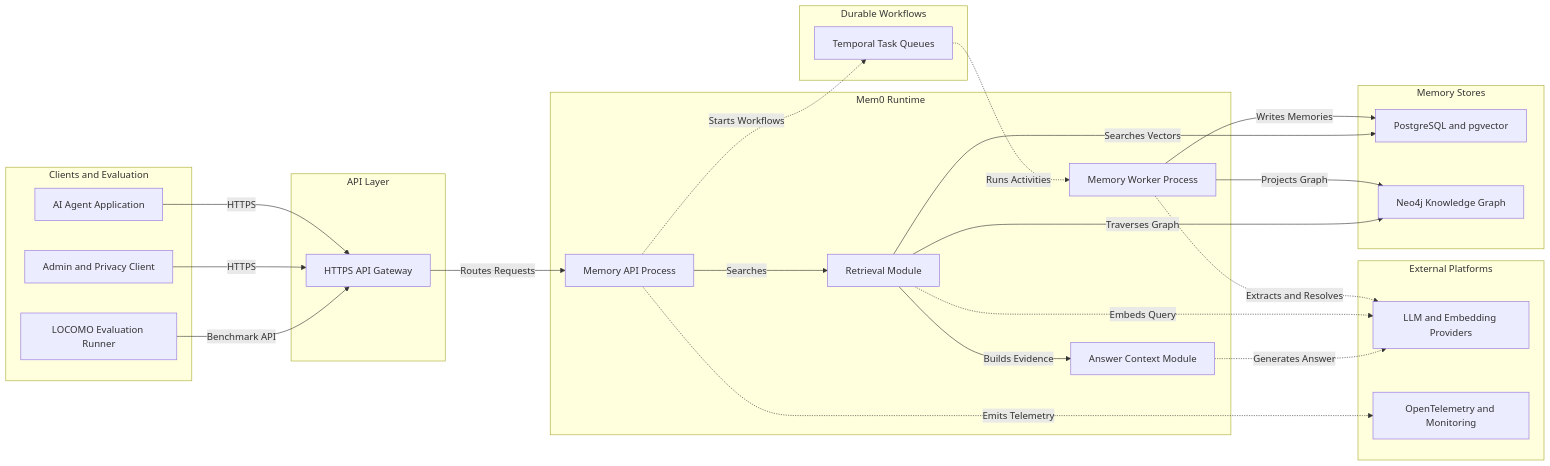
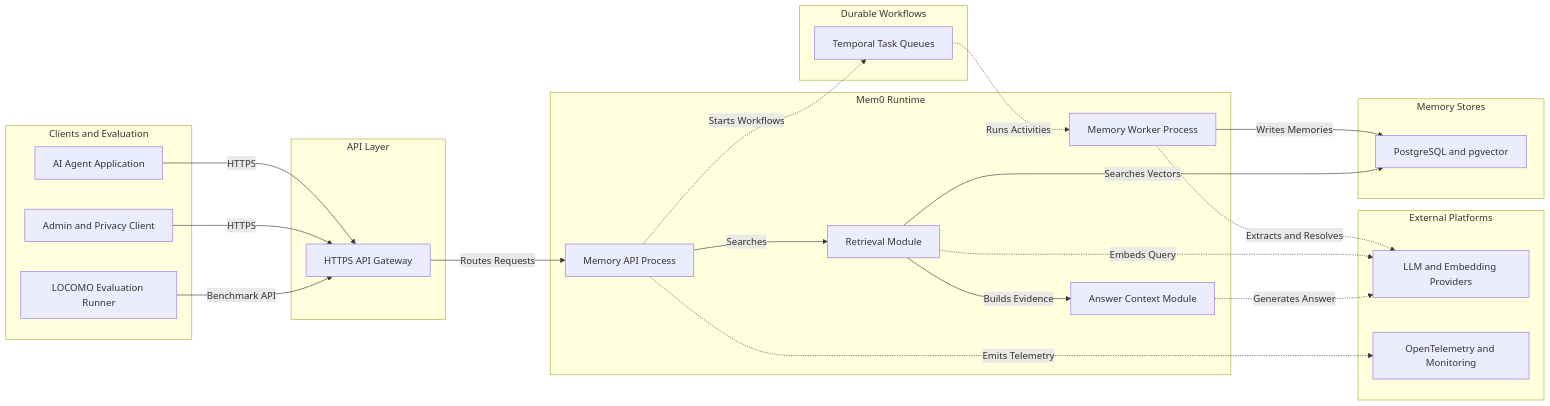
The first of 6 diagrams in docs/ARCHITECTURE.md (bhageerathi02/mem0), drawn with Mermaid before and after one commit. The commit also changed other lines of this file and 3 other files, not shown here.

Commit message:
removed the graph implementation

````diff
--- a/docs/ARCHITECTURE.md
+++ b/docs/ARCHITECTURE.md
@@ -75,45 +71,42 @@
 ```mermaid
 flowchart LR
     subgraph client ["Clients and Evaluation"]
         agentApp["AI Agent Application"]
         adminClient["Admin and Privacy Client"]
         evalRunner["LOCOMO Evaluation Runner"]
     end
     subgraph gateway ["API Layer"]
         apiGateway["HTTPS API Gateway"]
     end
     subgraph service ["Mem0 Runtime"]
         apiService["Memory API Process"]
         workerService["Memory Worker Process"]
         retrievalService["Retrieval Module"]
         answerService["Answer Context Module"]
     end
     subgraph datastore ["Memory Stores"]
         postgres["PostgreSQL and pgvector"]
-        neo4j["Neo4j Knowledge Graph"]
     end
     subgraph external ["External Platforms"]
         modelProviders["LLM and Embedding Providers"]
         telemetry["OpenTelemetry and Monitoring"]
     end
     subgraph async ["Durable Workflows"]
         temporal["Temporal Task Queues"]
     end
 
     agentApp -->|"HTTPS"| apiGateway
     adminClient -->|"HTTPS"| apiGateway
     evalRunner -->|"Benchmark API"| apiGateway
     apiGateway -->|"Routes Requests"| apiService
     apiService -.->|"Starts Workflows"| temporal
     temporal -.->|"Runs Activities"| workerService
     apiService -->|"Searches"| retrievalService
     retrievalService -->|"Builds Evidence"| answerService
     workerService -->|"Writes Memories"| postgres
-    workerService -->|"Projects Graph"| neo4j
     retrievalService -->|"Searches Vectors"| postgres
-    retrievalService -->|"Traverses Graph"| neo4j
     workerService -.->|"Extracts and Resolves"| modelProviders
     retrievalService -.->|"Embeds Query"| modelProviders
     answerService -.->|"Generates Answer"| modelProviders
     apiService -.->|"Emits Telemetry"| telemetry
 ```
````
